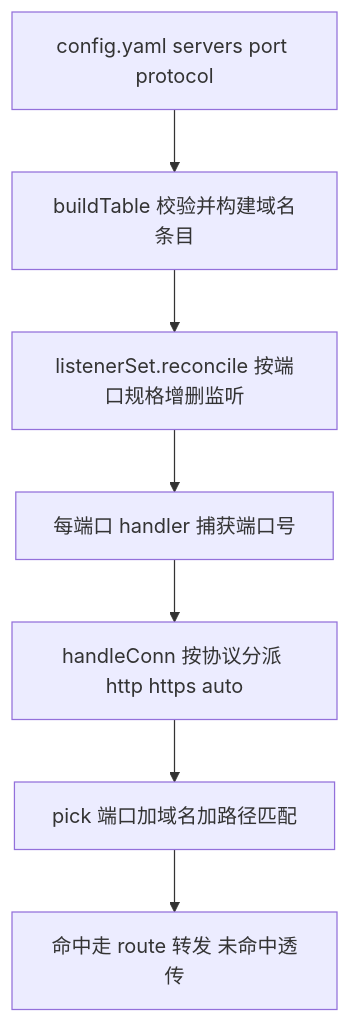
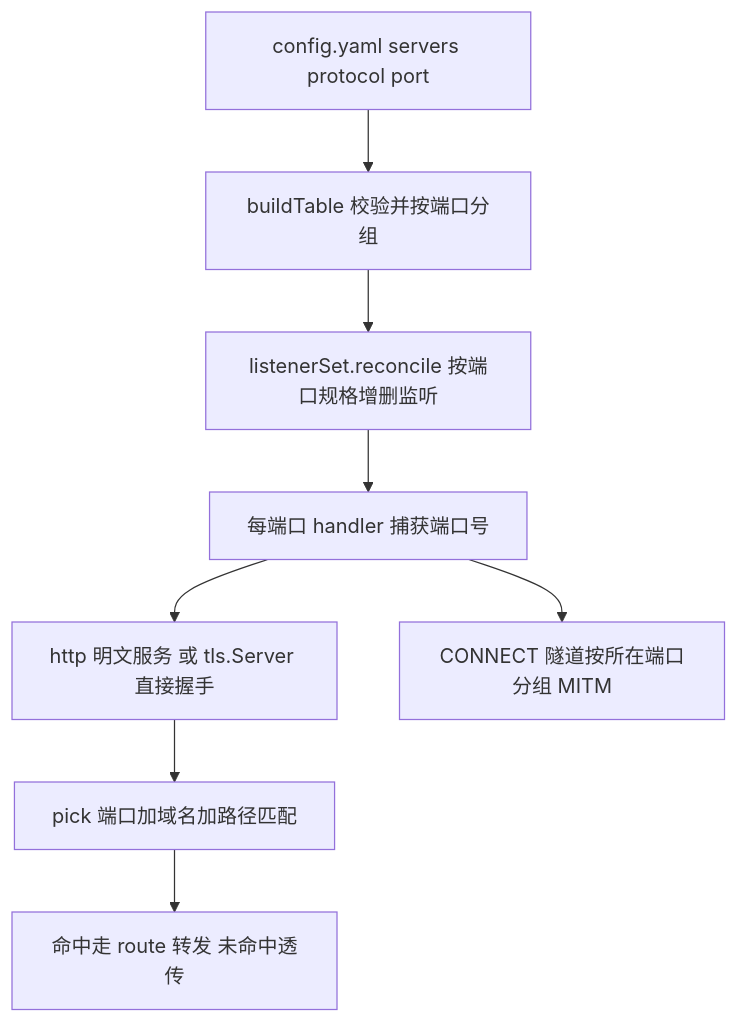
The diagram in .monkeycode/specs/server-port-protocol/design.md (isunk/MyReverseProxy), drawn with Mermaid before and after one commit. The commit also changed other lines of this file and 1 other file, not shown here.

First line of the commit message:
docs(specs): server-port-protocol 改为无全局端口模型，默认端口跟随协议

````diff
--- a/.monkeycode/specs/server-port-protocol/design.md
+++ b/.monkeycode/specs/server-port-protocol/design.md
@@ -19,9 +19,10 @@
 ```mermaid
 graph TD
-    A["config.yaml servers port protocol"] --> B["buildTable 校验并构建域名条目"]
+    A["config.yaml servers protocol port"] --> B["buildTable 校验并按端口分组"]
     B --> C["listenerSet.reconcile 按端口规格增删监听"]
     C --> D["每端口 handler 捕获端口号"]
-    D --> E["handleConn 按协议分派 http https auto"]
+    D --> E["http 明文服务 或 tls.Server 直接握手"]
     E --> F["pick 端口加域名加路径匹配"]
     F --> G["命中走 route 转发 未命中透传"]
+    D --> H["CONNECT 隧道按所在端口分组 MITM"]
 ```
````
